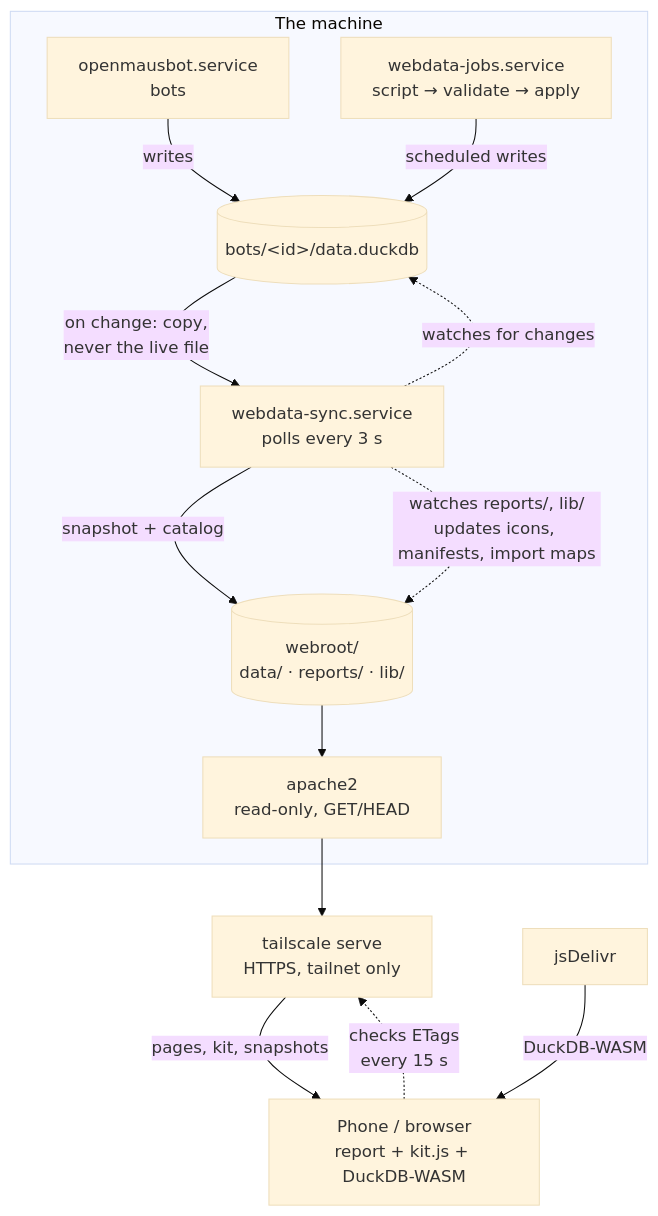
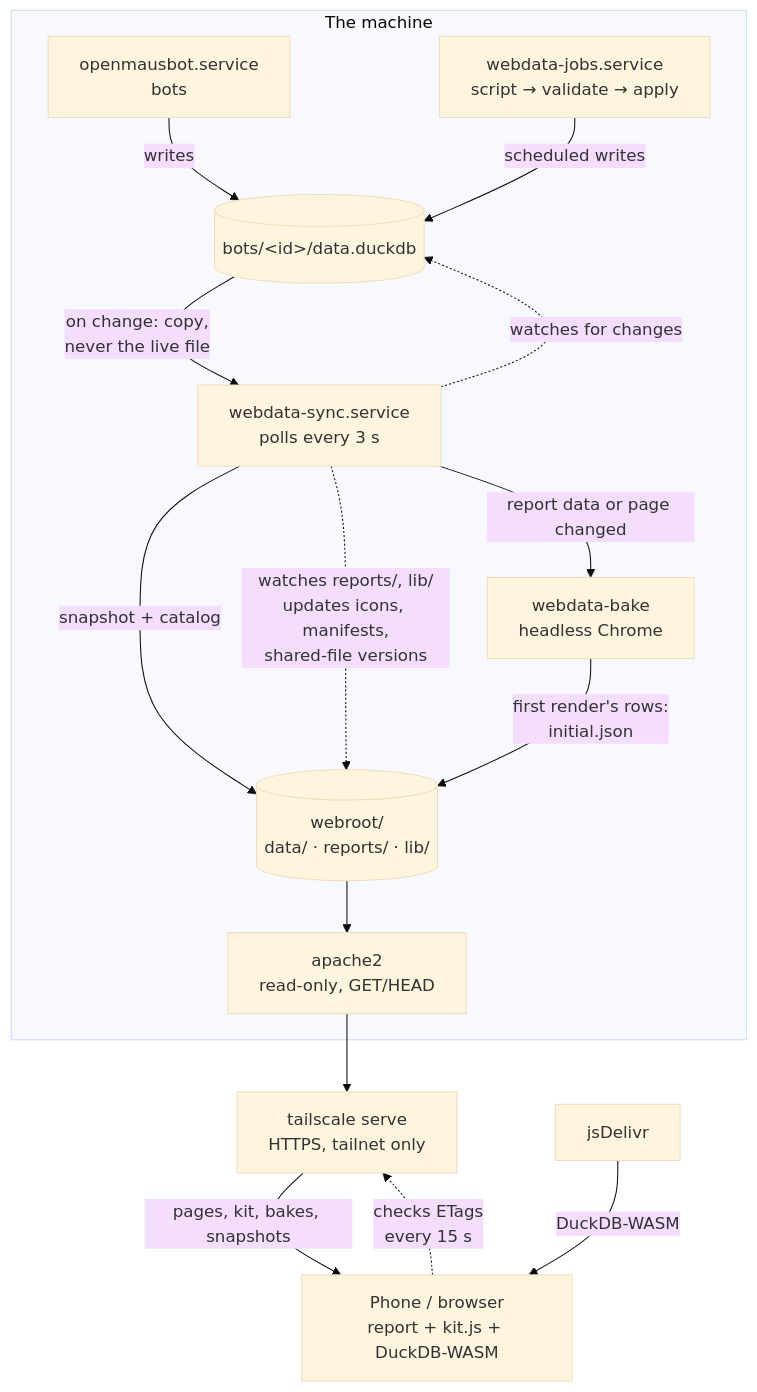
The diagram in docs/architecture.md (ckedwards/omb-webreports), drawn with Mermaid (base theme) before and after one commit. The commit also changed other lines of this file and 17 other files, not shown here.

````diff
--- a/docs/architecture.md
+++ b/docs/architecture.md
@@ -5,26 +5,29 @@
 ```mermaid
 flowchart TB
     subgraph machine["The machine"]
         omb["openmausbot.service<br/>bots"]
         jobs["webdata-jobs.service<br/>script → validate → apply"]
         botdb[("bots/#lt;id#gt;/data.duckdb")]
         sync["webdata-sync.service<br/>polls every 3 s"]
+        bake["webdata-bake<br/>headless Chrome"]
         webroot[("webroot/<br/>data/ · reports/ · lib/")]
         apache["apache2<br/>read-only, GET/HEAD"]
     end
     ts["tailscale serve<br/>HTTPS, tailnet only"]
     client["Phone / browser<br/>report + kit.js + DuckDB-WASM"]
     cdn["jsDelivr"]
 
     omb -- writes --> botdb
     jobs -- "scheduled writes" --> botdb
     sync -. "watches for changes" .-> botdb
     botdb -- "on change: copy,<br/>never the live file" --> sync
     sync -- "snapshot + catalog" --> webroot
-    sync -. "watches reports/, lib/<br/>updates icons, manifests, import maps" .-> webroot
+    sync -. "watches reports/, lib/<br/>updates icons, manifests,<br/>shared-file versions" .-> webroot
+    sync -- "report data or page changed" --> bake
+    bake -- "first render's rows:<br/>initial.json" --> webroot
     webroot --> apache
     apache --> ts
     client -. "checks ETags<br/>every 15 s" .-> ts
-    ts -- "pages, kit, snapshots" --> client
+    ts -- "pages, kit, bakes, snapshots" --> client
     cdn -- "DuckDB-WASM" --> client
 ```
````
